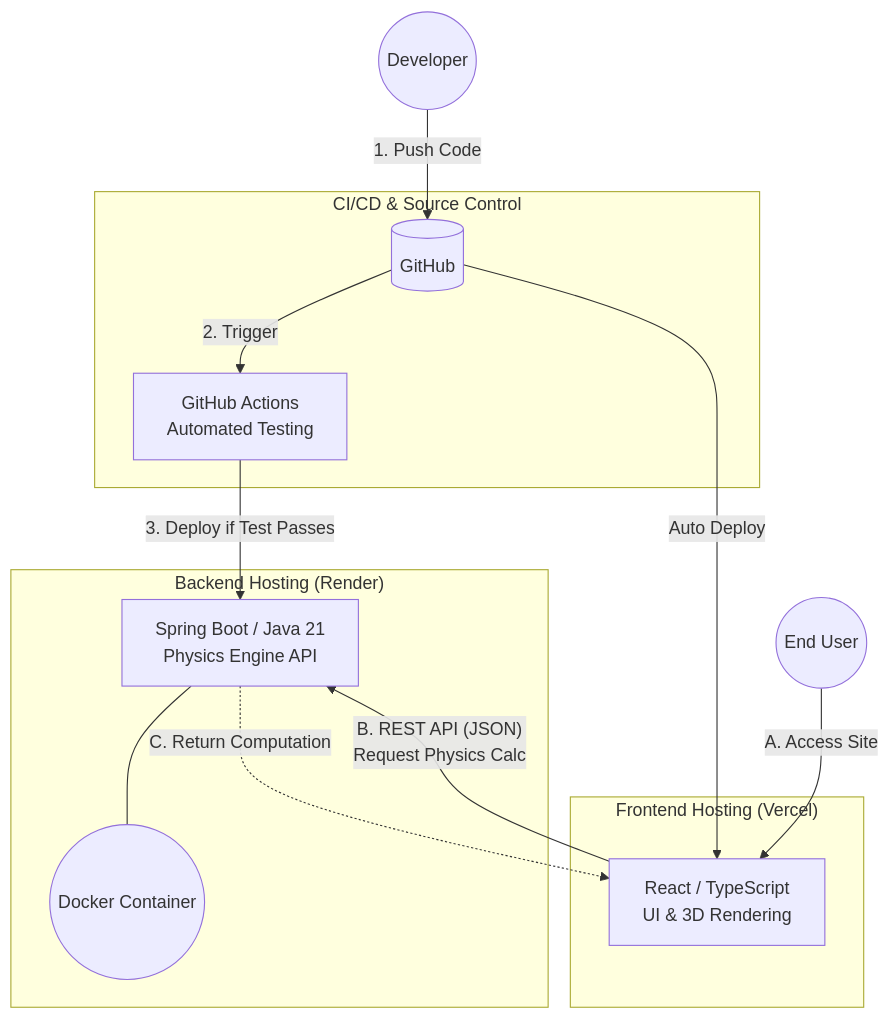
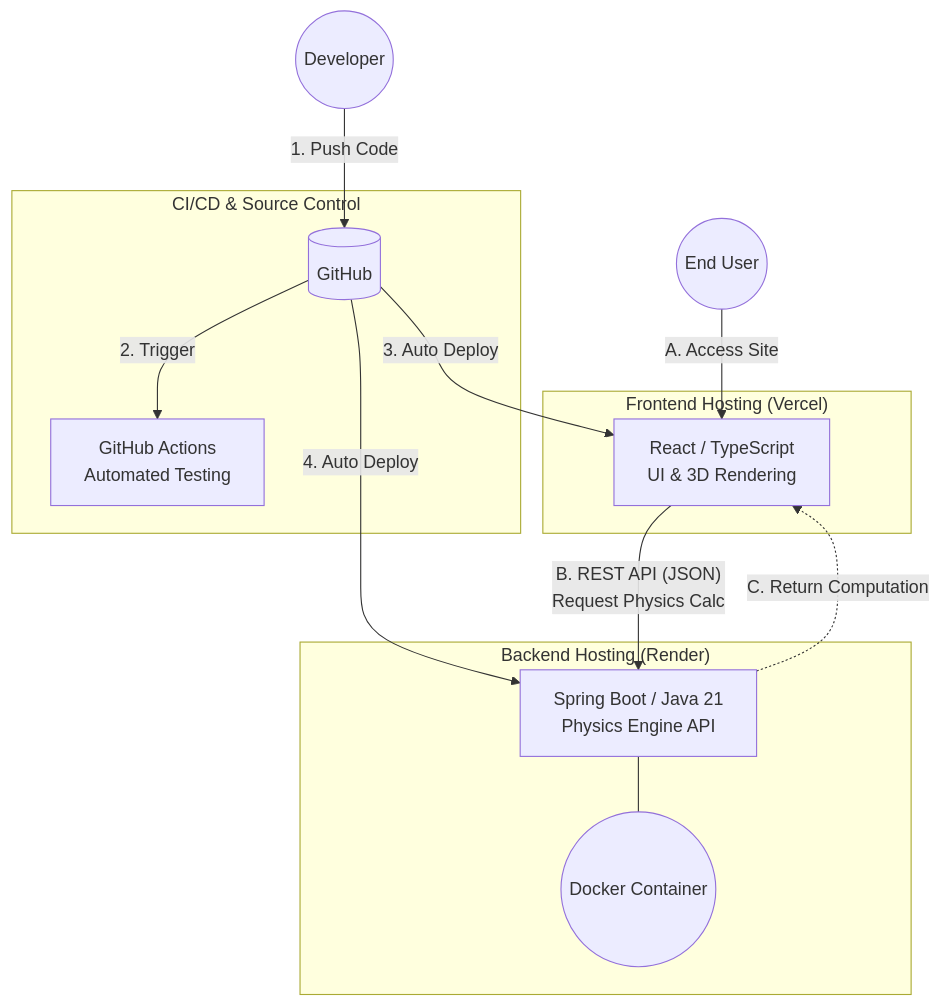
The diagram in README.md (haku3782/darts-sim), drawn with Mermaid before and after one commit. The commit also changed other lines of this file and 1 other file, not shown here.

````diff
--- a/README.md
+++ b/README.md
@@ -46,29 +47,29 @@
 ```mermaid
 graph TD
     Dev((Developer))
     User((End User))
 
     subgraph "Frontend Hosting (Vercel)"
         React[React / TypeScript<br/>UI & 3D Rendering]
     end
 
     subgraph "Backend Hosting (Render)"
         Spring[Spring Boot / Java 21<br/>Physics Engine API]
         Docker((Docker Container))
         Spring --- Docker
     end
 
     subgraph "CI/CD & Source Control"
         Repo[(GitHub)]
         Actions[GitHub Actions<br/>Automated Testing]
     end
 
     Dev -->|"1. Push Code"| Repo
     Repo -->|"2. Trigger"| Actions
-    Actions -->|"3. Deploy if Test Passes"| Spring
-    Repo -->|"Auto Deploy"| React
+    Repo -->|"3. Auto Deploy"| React
+    Repo -->|"4. Auto Deploy"| Spring
 
     User -->|"A. Access Site"| React
     React -->|"B. REST API (JSON)<br/>Request Physics Calc"| Spring
     Spring -.->|"C. Return Computation"| React
 ```
````
